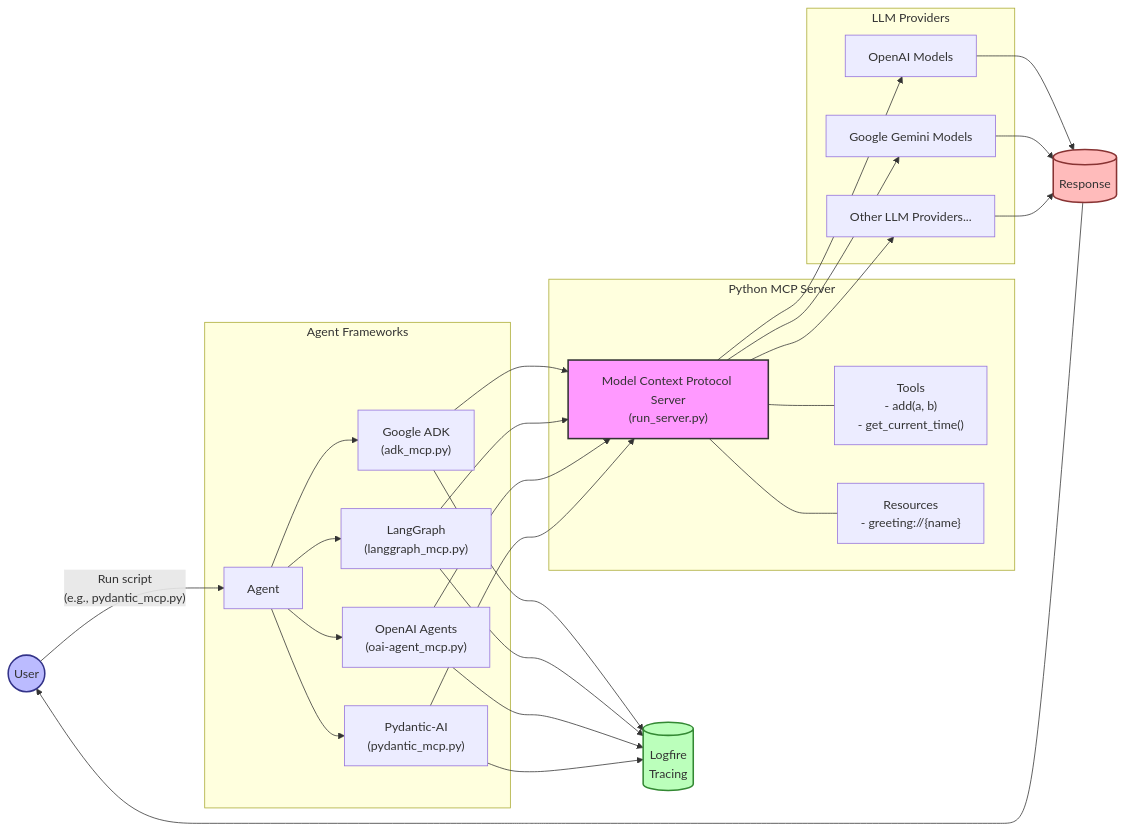
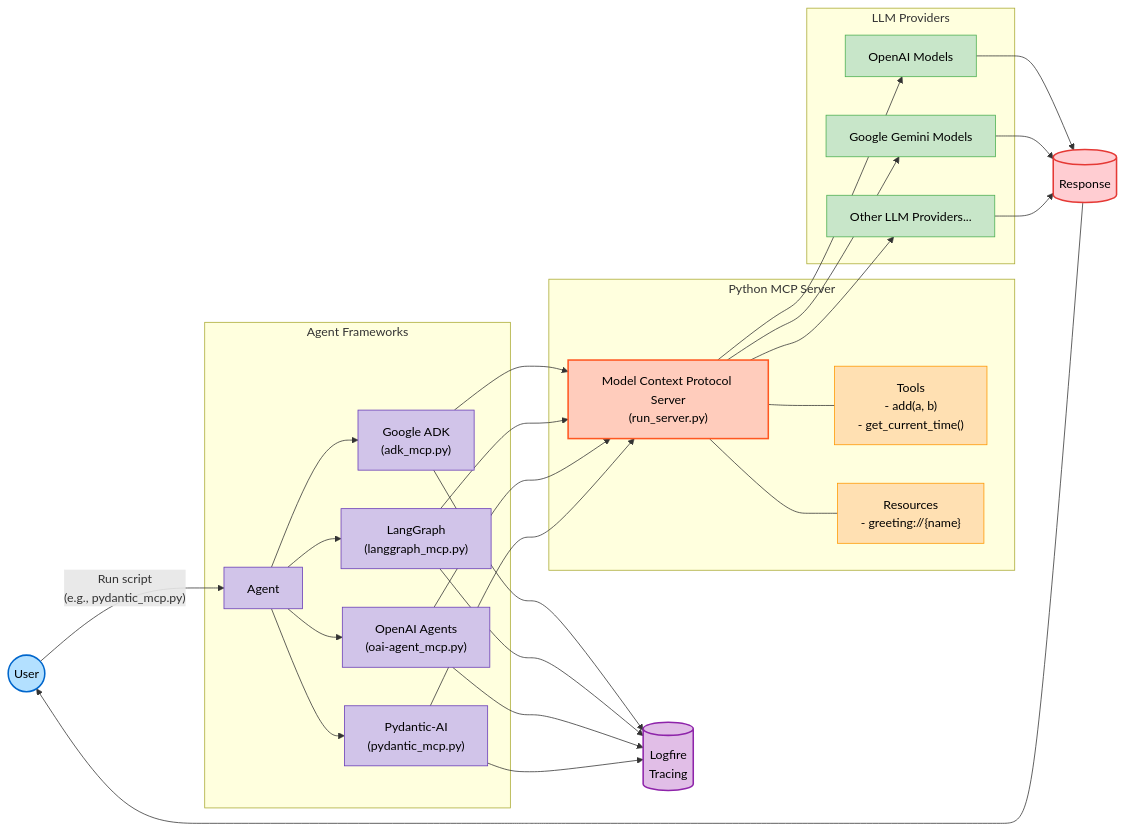
The first of 2 diagrams in agents_mcp_usage/basic_mcp/README.md (andrewginns/agents-mcp-usage), drawn with Mermaid before and after one commit. The commit also changed other lines of this file and 2 other files, not shown here.

````diff
--- a/agents_mcp_usage/basic_mcp/README.md
+++ b/agents_mcp_usage/basic_mcp/README.md
@@ -9,57 +30,70 @@
 ```mermaid
 graph LR
     User((User)) --> |"Run script<br>(e.g., pydantic_mcp.py)"| Agent
 
     subgraph "Agent Frameworks"
         Agent[Agent]
         ADK["Google ADK<br>(adk_mcp.py)"]
         LG["LangGraph<br>(langgraph_mcp.py)"]
         OAI["OpenAI Agents<br>(oai-agent_mcp.py)"]
         PYD["Pydantic-AI<br>(pydantic_mcp.py)"]
         
         Agent --> ADK
         Agent --> LG
         Agent --> OAI
         Agent --> PYD
     end
 
     subgraph "Python MCP Server"
         MCP["Model Context Protocol Server<br>(run_server.py)"]
         Tools["Tools<br>- add(a, b)<br>- get_current_time()"]
         Resources["Resources<br>- greeting://{name}"]
         MCP --- Tools
         MCP --- Resources
     end
 
     subgraph "LLM Providers"
         OAI_LLM["OpenAI Models"]
         GEM["Google Gemini Models"]
         OTHER["Other LLM Providers..."]
     end
     
     Logfire[("Logfire<br>Tracing")]
     
     ADK --> MCP
     LG --> MCP
     OAI --> MCP
     PYD --> MCP
     
     MCP --> OAI_LLM
     MCP --> GEM
     MCP --> OTHER
     
     ADK --> Logfire
     LG --> Logfire
     OAI --> Logfire
     PYD --> Logfire
     
     LLM_Response[("Response")] --> User
     OAI_LLM --> LLM_Response
     GEM --> LLM_Response
     OTHER --> LLM_Response
 
-    style MCP fill:#f9f,stroke:#333,stroke-width:2px
-    style User fill:#bbf,stroke:#338,stroke-width:2px
-    style Logfire fill:#bfb,stroke:#383,stroke-width:2px
-    style LLM_Response fill:#fbb,stroke:#833,stroke-width:2px
+    %% Node styling for better dark/light mode readability
+    classDef userNode fill:#b3e0ff,stroke:#0066cc,stroke-width:2px,color:#000000;
+    classDef agentNode fill:#d1c4e9,stroke:#673ab7,stroke-width:1px,color:#000000;
+    classDef mcpNode fill:#ffccbc,stroke:#ff5722,stroke-width:2px,color:#000000;
+    classDef toolNode fill:#ffe0b2,stroke:#ff9800,stroke-width:1px,color:#000000;
+    classDef llmNode fill:#c8e6c9,stroke:#4caf50,stroke-width:1px,color:#000000;
+    classDef outputNode fill:#ffcdd2,stroke:#e53935,stroke-width:2px,color:#000000;
+    classDef logNode fill:#e1bee7,stroke:#8e24aa,stroke-width:2px,color:#000000;
+
+    %% Apply styles to nodes
+    class User,LLM_Response userNode;
+    class Agent,ADK,LG,OAI,PYD agentNode;
+    class MCP mcpNode;
+    class Tools,Resources toolNode;
+    class OAI_LLM,GEM,OTHER llmNode;
+    class LLM_Response outputNode;
+    class Logfire logNode;
 ```
````
